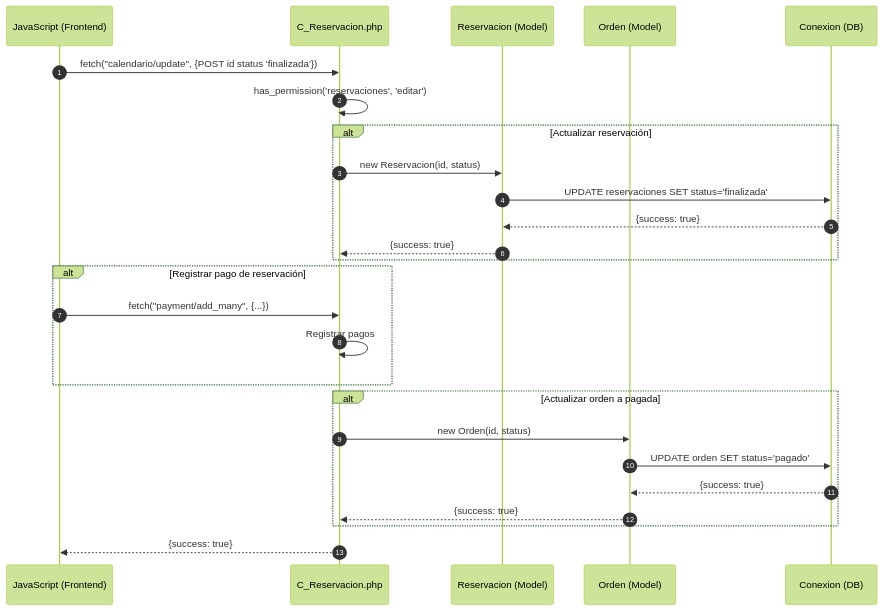
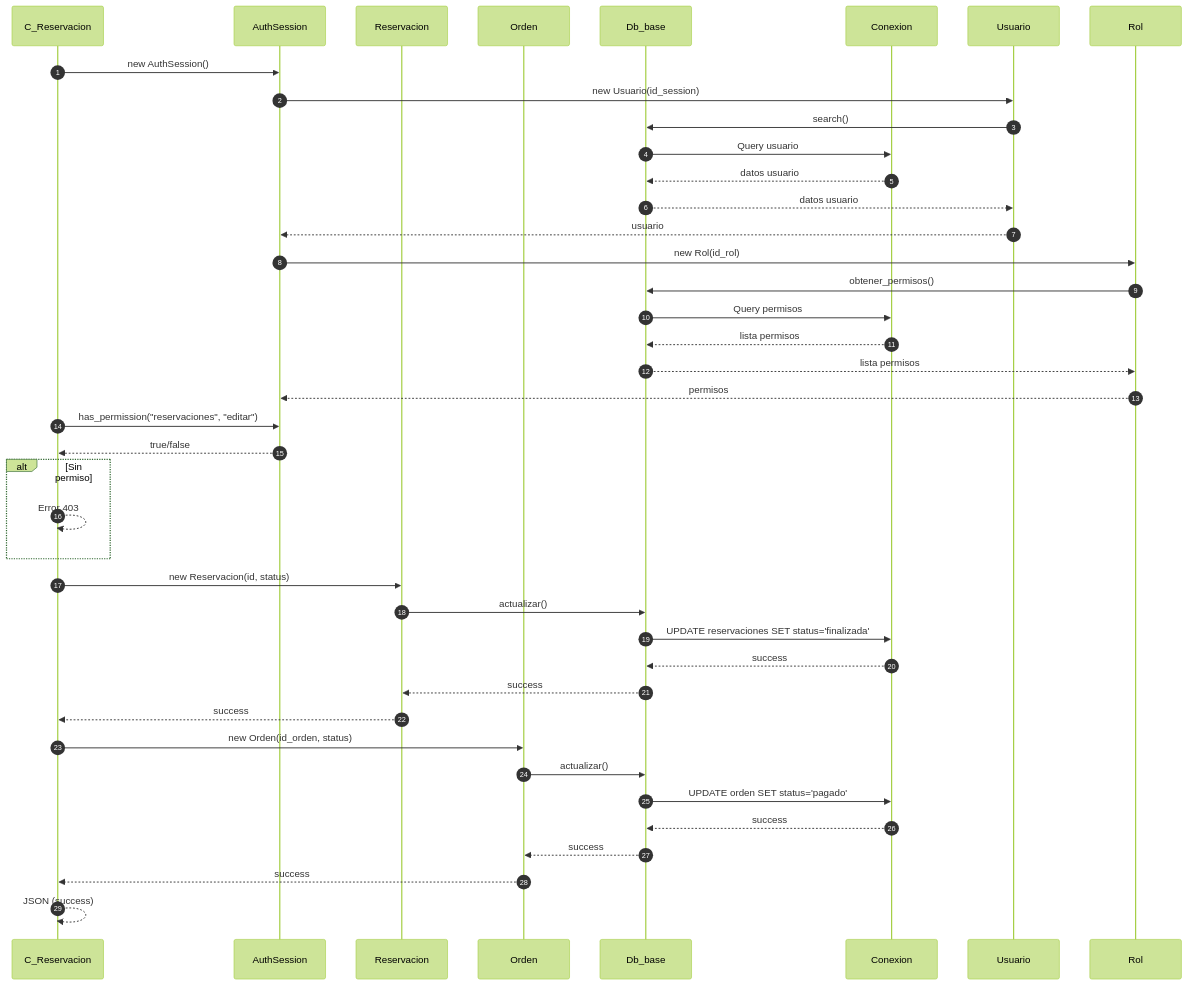
Before and after one commit to Tecrato/BurgerHouse: the third of 4 diagrams in docs/secuencia/reservaciones/reservaciones.md, drawn with Mermaid (forest theme). The commit also changed other lines of this file and 13 other files, not shown here.

First line of the commit message:
diagramas actualizaos

````diff
--- a/docs/secuencia/reservaciones/reservaciones.md
+++ b/docs/secuencia/reservaciones/reservaciones.md
@@ -68,34 +112,48 @@
 ```mermaid
 sequenceDiagram
     autonumber
-    participant JS as JavaScript (Frontend)
-    participant C_Reservacion as C_Reservacion.php
-    participant Reservacion as Reservacion (Model)
-    participant Orden as Orden (Model)
-    participant DB as Conexion (DB)
+    participant C_Reservacion as C_Reservacion
+    participant AuthSession as AuthSession
+    participant Reservacion as Reservacion
+    participant Orden as Orden
+    participant Db_base as Db_base
+    participant Conexion as Conexion
     
-    JS->>C_Reservacion: fetch("calendario/update", {POST id status 'finalizada'})
+    C_Reservacion->>AuthSession: new AuthSession()
+    AuthSession->>Usuario: new Usuario(id_session)
+    Usuario->>Db_base: search()
+    Db_base->>Conexion: Query usuario
+    Conexion-->>Db_base: datos usuario
+    Db_base-->>Usuario: datos usuario
+    Usuario-->>AuthSession: usuario
     
-    C_Reservacion->>C_Reservacion: has_permission('reservaciones', 'editar')
+    AuthSession->>Rol: new Rol(id_rol)
+    Rol->>Db_base: obtener_permisos()
+    Db_base->>Conexion: Query permisos
+    Conexion-->>Db_base: lista permisos
+    Db_base-->>Rol: lista permisos
+    Rol-->>AuthSession: permisos
     
-    alt Actualizar reservación
-        C_Reservacion->>Reservacion: new Reservacion(id, status)
-        Reservacion->>DB: UPDATE reservaciones SET status='finalizada'
-        DB-->>Reservacion: {success: true}
-        Reservacion-->>C_Reservacion: {success: true}
+    C_Reservacion->>AuthSession: has_permission("reservaciones", "editar")
+    AuthSession-->>C_Reservacion: true/false
+    
+    alt Sin permiso
+        C_Reservacion-->>C_Reservacion: Error 403
     end
     
-    alt Registrar pago de reservación
-        JS->>C_Reservacion: fetch("payment/add_many", {...})
-        C_Reservacion->>C_Reservacion: Registrar pagos
-    end
+    C_Reservacion->>Reservacion: new Reservacion(id, status)
+    Reservacion->>Db_base: actualizar()
+    Db_base->>Conexion: UPDATE reservaciones SET status='finalizada'
+    Conexion-->>Db_base: success
+    Db_base-->>Reservacion: success
+    Reservacion-->>C_Reservacion: success
     
-    alt Actualizar orden a pagada
-        C_Reservacion->>Orden: new Orden(id, status)
-        Orden->>DB: UPDATE orden SET status='pagado'
-        DB-->>Orden: {success: true}
-        Orden-->>C_Reservacion: {success: true}
-    end
+    C_Reservacion->>Orden: new Orden(id_orden, status)
+    Orden->>Db_base: actualizar()
+    Db_base->>Conexion: UPDATE orden SET status='pagado'
+    Conexion-->>Db_base: success
+    Db_base-->>Orden: success
+    Orden-->>C_Reservacion: success
     
-    C_Reservacion-->>JS: {success: true}
+    C_Reservacion-->>C_Reservacion: JSON (success)
 ```
````
